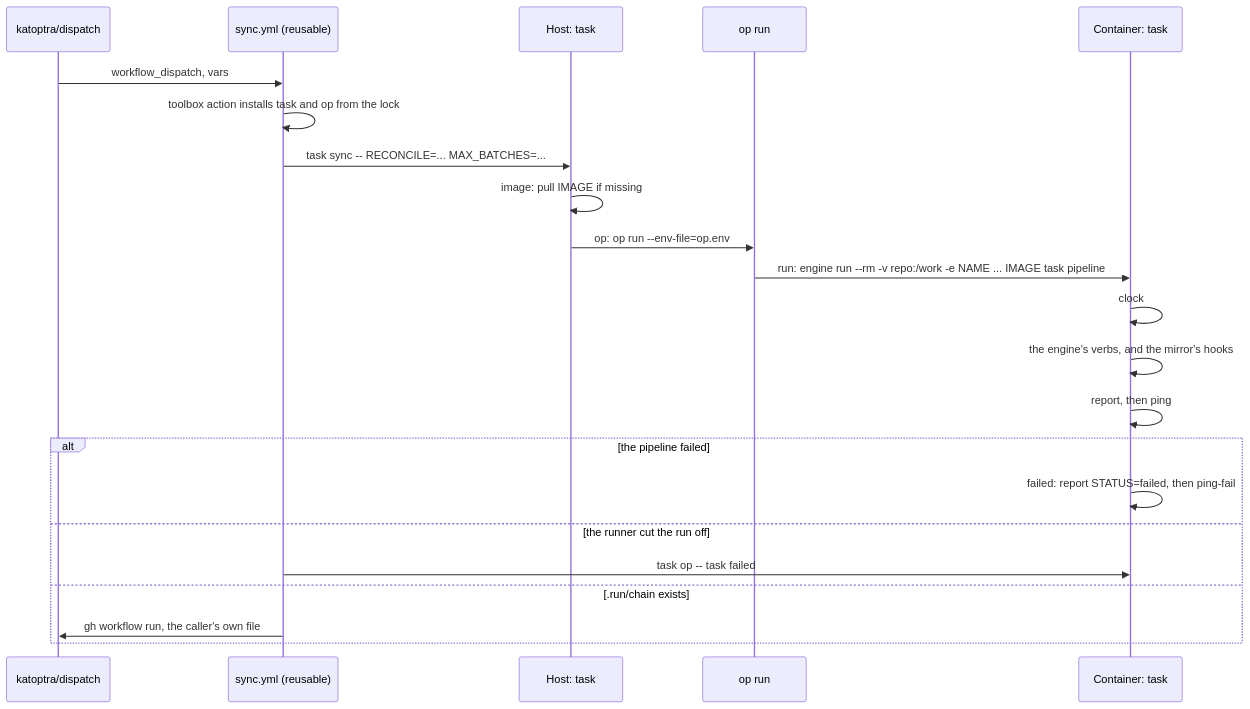
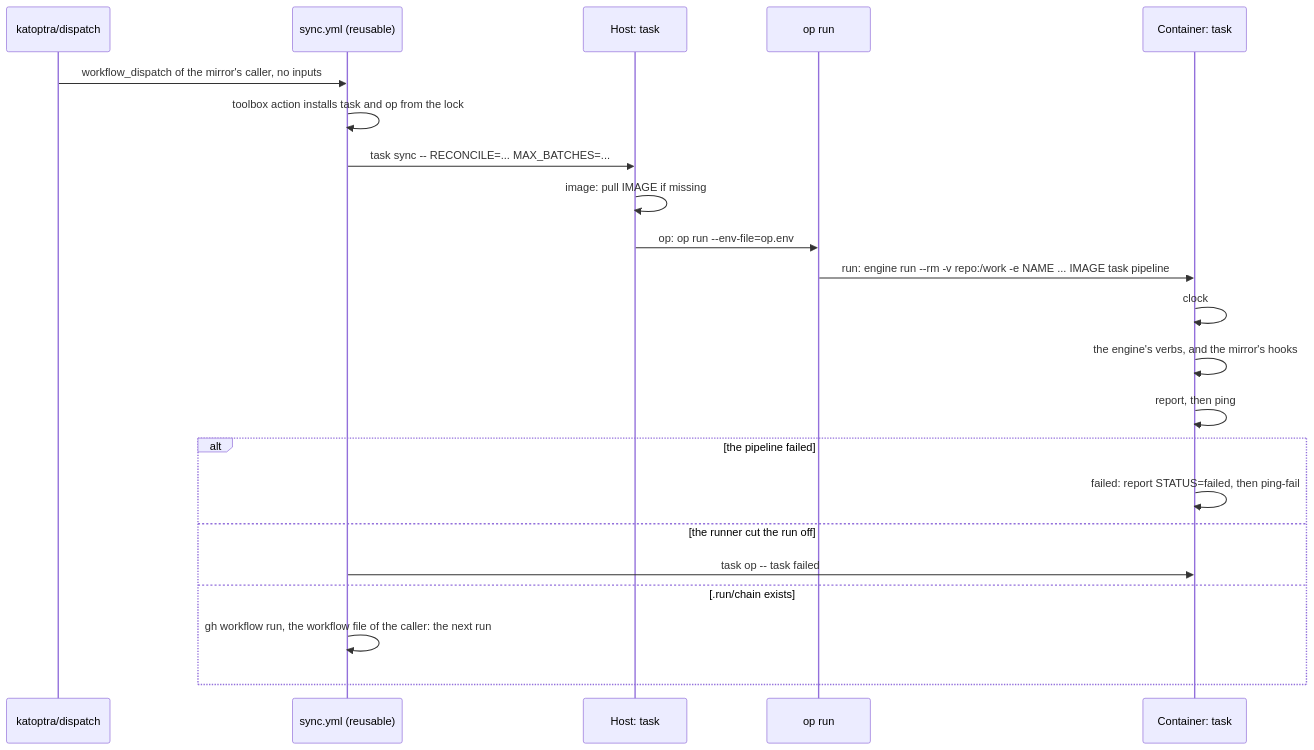
The third of 12 diagrams in README.md (katoptra/lib), drawn with Mermaid before and after one commit. The commit also changed other lines of this file and 3 other files, not shown here.

````diff
--- a/README.md
+++ b/README.md
@@ -95,24 +113,24 @@
 ```mermaid
 sequenceDiagram
   participant D as katoptra/dispatch
   participant W as sync.yml (reusable)
   participant H as Host: task
   participant O as op run
   participant C as Container: task
-  D->>W: workflow_dispatch, vars
+  D->>W: workflow_dispatch of the mirror's caller, no inputs
   W->>W: toolbox action installs task and op from the lock
   W->>H: task sync -- RECONCILE=... MAX_BATCHES=...
   H->>H: image: pull IMAGE if missing
   H->>O: op: op run --env-file=op.env
   O->>C: run: engine run --rm -v repo:/work -e NAME ... IMAGE task pipeline
   C->>C: clock
   C->>C: the engine's verbs, and the mirror's hooks
   C->>C: report, then ping
   alt the pipeline failed
     C->>C: failed: report STATUS=failed, then ping-fail
   else the runner cut the run off
     W->>C: task op -- task failed
   else .run/chain exists
-    W->>D: gh workflow run, the caller's own file
+    W->>W: gh workflow run, the workflow file of the caller: the next run
   end
 ```
````
